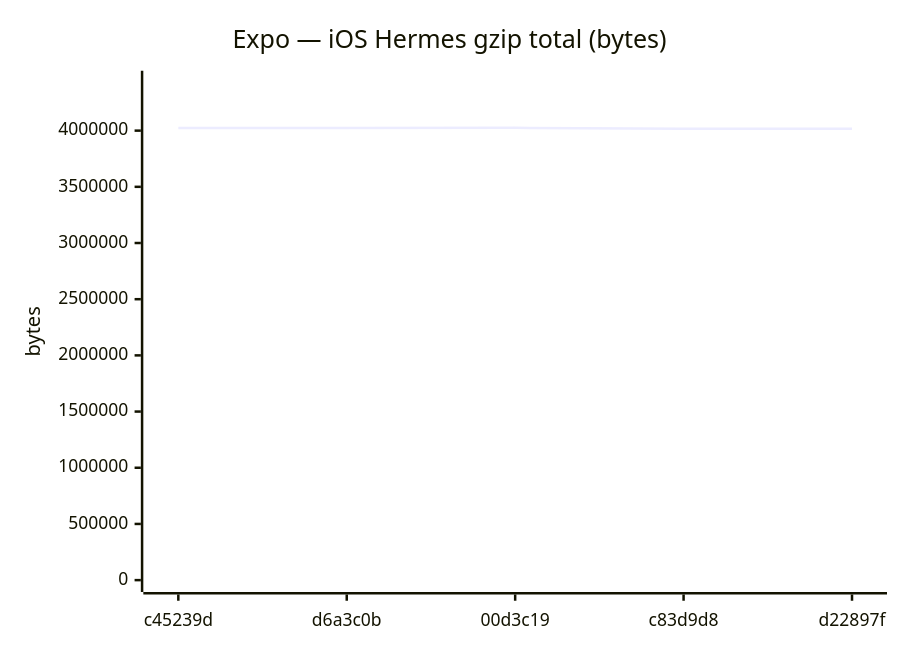
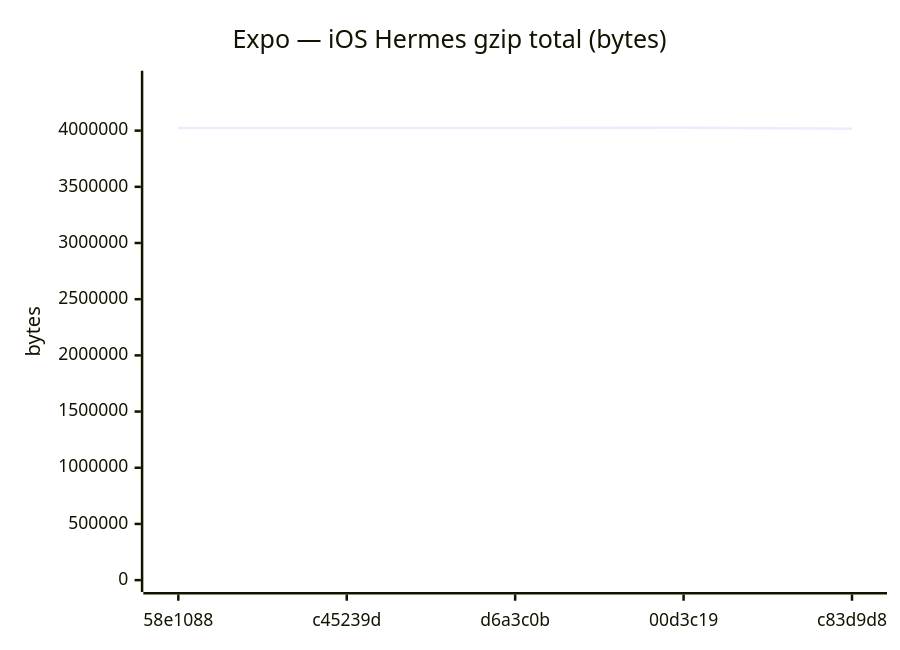
Diagram 12 of 18 in benchmarks/compare.md (Metaheurist/Rianell), drawn with Mermaid before and after one commit. The commit also changed other lines of this file and 11 other files, not shown here.

````diff
--- a/benchmarks/compare.md
+++ b/benchmarks/compare.md
@@ -179,7 +179,7 @@
 ```mermaid
 xychart-beta
     title "Expo — iOS Hermes gzip total (bytes)"
-    x-axis ["c45239d", "d6a3c0b", "00d3c19", "c83d9d8", "d22897f"]
+    x-axis ["58e1088", "c45239d", "d6a3c0b", "00d3c19", "c83d9d8"]
     y-axis "bytes" 0 --> 4427238
-    line [4023650, 4023645, 4024761, 4017281, 4017565]
+    line [4023650, 4023650, 4023645, 4024761, 4017281]
 ```
````
